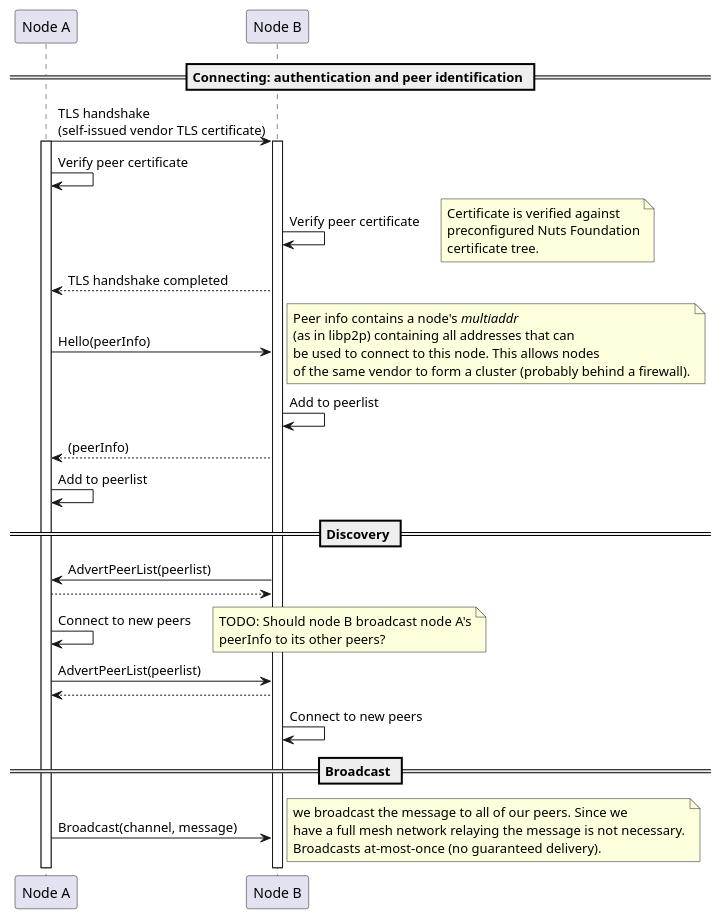
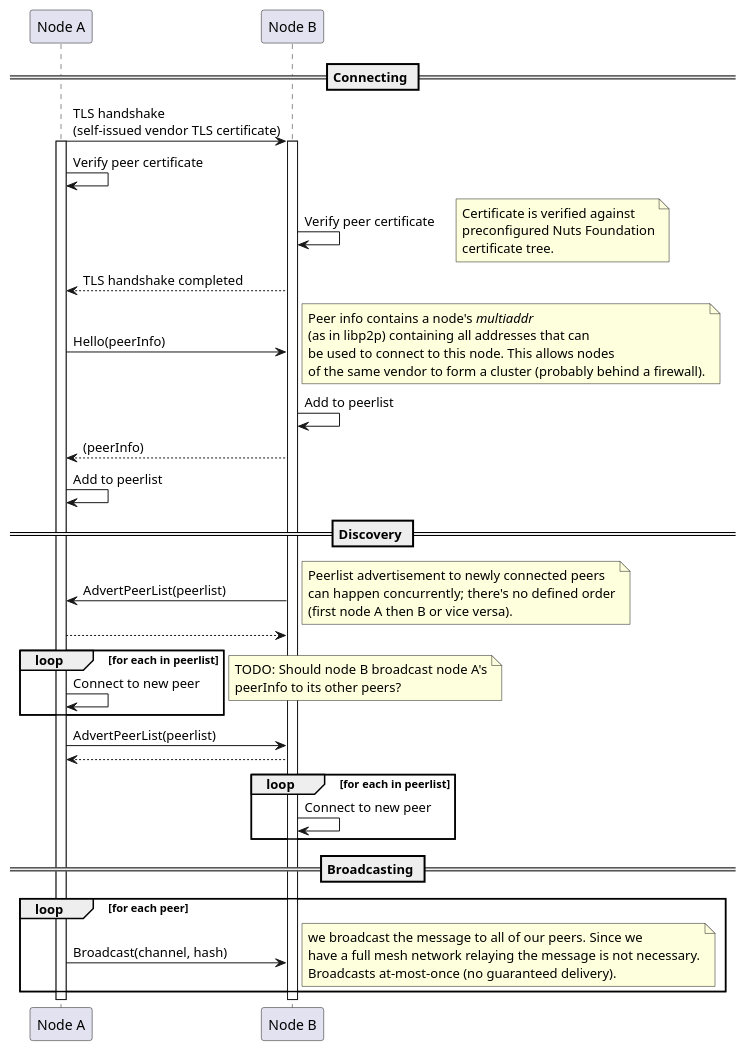
The diagram in diagrams/network-protocol-sd.puml (nuts-foundation/nuts-documentation), drawn with PlantUML before and after one commit. The commit also changed 1 other file, not shown here.

Commit message:
Updated Nuts network protocol diagram

```diff
--- a/diagrams/network-protocol-sd.puml
+++ b/diagrams/network-protocol-sd.puml
@@ -1,47 +1,58 @@
 @startuml
-== Connecting: authentication and peer identification ==
+== Connecting ==
 participant "Node A" as A
 participant "Node B" as B
 A -> B : TLS handshake\n(self-issued vendor TLS certificate)
 activate A
 activate B
 A -> A: Verify peer certificate
 B -> B: Verify peer certificate
 note right
    Certificate is verified against
    preconfigured Nuts Foundation
    certificate tree.
 end note
 B --> A : TLS handshake completed
 
 A -> B : Hello(peerInfo)
 note right
    Peer info contains a node's <i>multiaddr</i>
    (as in libp2p) containing all addresses that can
    be used to connect to this node. This allows nodes
    of the same vendor to form a cluster (probably behind a firewall).
 end note
 B -> B : Add to peerlist
 B --> A : (peerInfo)
 A -> A : Add to peerlist
 
 == Discovery ==
 B -> A : AdvertPeerList(peerlist)
+note right
+    Peerlist advertisement to newly connected peers
+    can happen concurrently; there's no defined order
+    (first node A then B or vice versa).
+end note
 A --> B
-A -> A : Connect to new peers
+loop for each in peerlist
+    A -> A : Connect to new peer
+end
 note right
    TODO: Should node B broadcast node A's
    peerInfo to its other peers?
 end note
 A -> B : AdvertPeerList(peerlist)
 B --> A
-B -> B : Connect to new peers
+loop for each in peerlist
+    B -> B : Connect to new peer
+end
 
-== Broadcast ==
-A -> B : Broadcast(channel, message)
-note right
-   we broadcast the message to all of our peers. Since we
-   have a full mesh network relaying the message is not necessary.
-   Broadcasts at-most-once (no guaranteed delivery).
-end note
+== Broadcasting ==
+loop for each peer
+    A -> B : Broadcast(channel, hash)
+    note right
+       we broadcast the message to all of our peers. Since we
+       have a full mesh network relaying the message is not necessary.
+       Broadcasts at-most-once (no guaranteed delivery).
+    end note
+end
 @enduml
```
